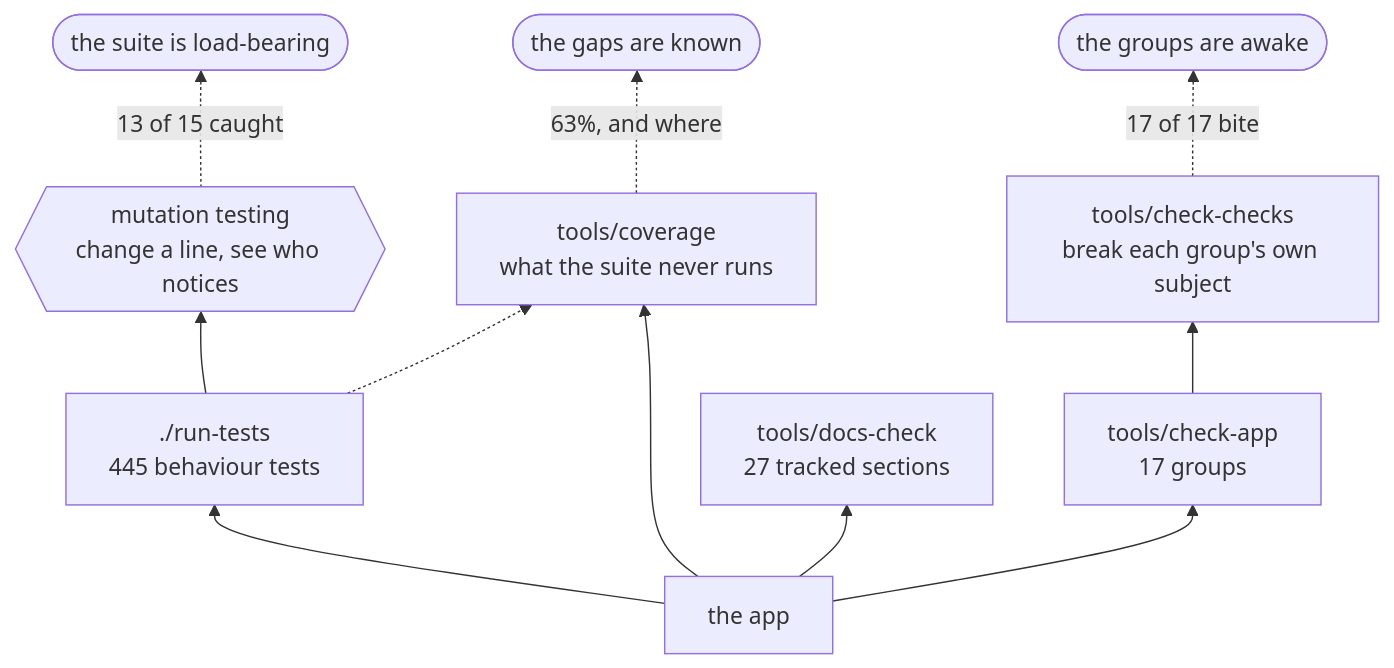
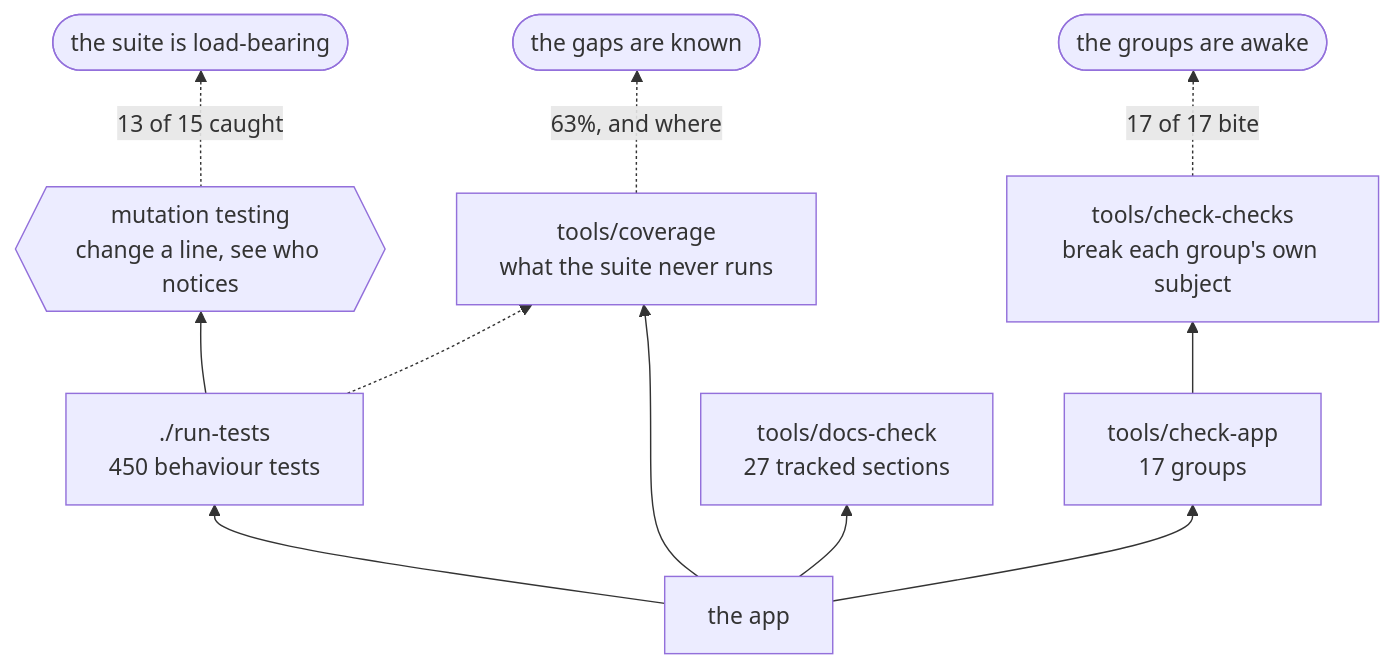
The second of 2 diagrams in docs/DEVELOPING.md (minormending/crystal-pilot-mobile), drawn with Mermaid before and after one commit. The commit also changed 5 other files, not shown here.

````diff
--- a/docs/DEVELOPING.md
+++ b/docs/DEVELOPING.md
@@ -118,13 +118,13 @@
 ```mermaid
 flowchart BT
-    C["the app"] --> T["./run-tests<br/>445 behaviour tests"]
+    C["the app"] --> T["./run-tests<br/>450 behaviour tests"]
     C --> A["tools/check-app<br/>17 groups"]
     C --> D["tools/docs-check<br/>27 tracked sections"]
     C --> V["tools/coverage<br/>what the suite never runs"]
     T --> M{{"mutation testing<br/>change a line, see who notices"}}
     A --> K["tools/check-checks<br/>break each group's own subject"]
     T -.-> V
     M -.->|"13 of 15 caught"| R(["the suite is load-bearing"])
     K -.->|"17 of 17 bite"| R2(["the groups are awake"])
     V -.->|"63%, and where"| R3(["the gaps are known"])
 ```
````
